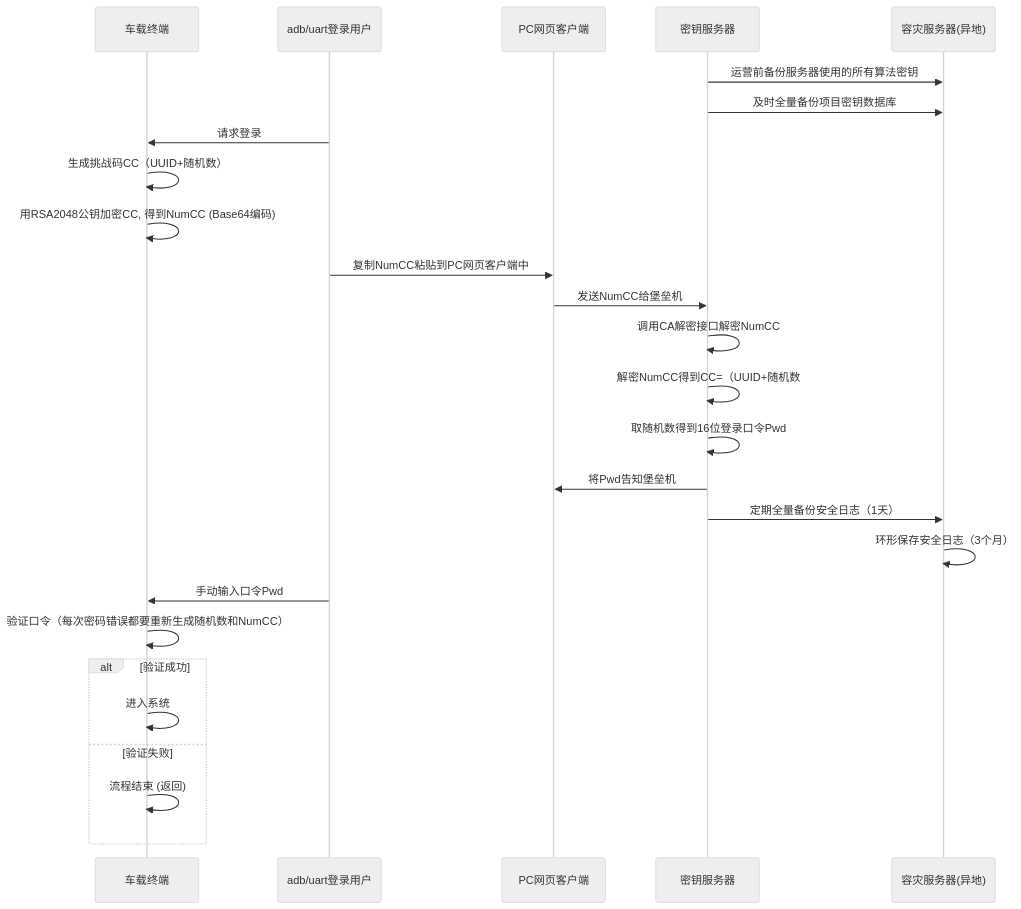
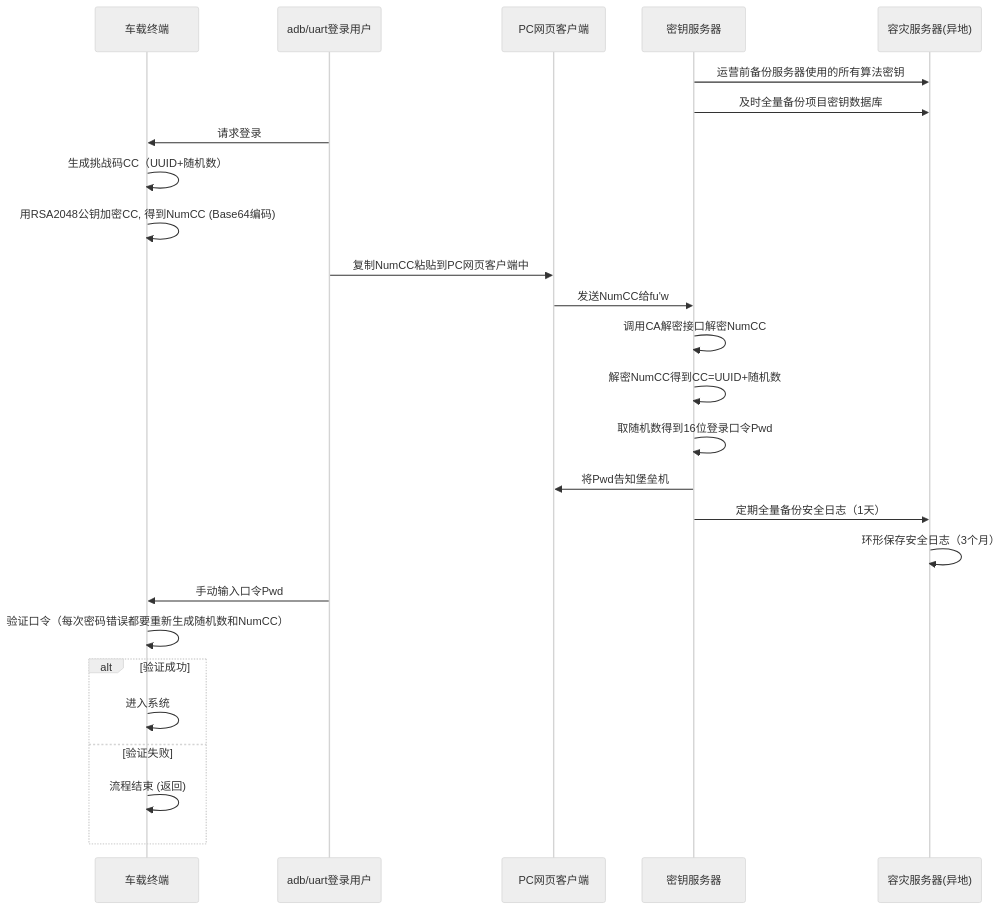
One commit to facebook-cloud/iodraw-files changed the diagram in all/未命名-19.md. Above: the diagram before and after it, drawn with Mermaid (neutral theme).

Commit message:
2026-03-17 19:22:35 update

````diff
--- a/all/未命名-19.md
+++ b/all/未命名-19.md
@@ -1,33 +1,33 @@
 ```mermaid
 sequenceDiagram
     participant tbox as 车载终端
     participant user as adb/uart登录用户
     participant pc as PC网页客户端
     participant tech_center as 密钥服务器
     participant backup as 容灾服务器(异地)
   
     tech_center->>backup: 运营前备份服务器使用的所有算法密钥
     tech_center->>backup: 及时全量备份项目密钥数据库
 
     user->>tbox: 请求登录
     tbox->>tbox: 生成挑战码CC（UUID+随机数）
     tbox->>tbox: 用RSA2048公钥加密CC, 得到NumCC (Base64编码)
     user->>pc: 复制NumCC粘贴到PC网页客户端中
-    pc->>tech_center: 发送NumCC给堡垒机
+    pc->>tech_center: 发送NumCC给fu'w
     tech_center->>tech_center: 调用CA解密接口解密NumCC
-    tech_center->>tech_center: 解密NumCC得到CC=（UUID+随机数
+    tech_center->>tech_center: 解密NumCC得到CC=UUID+随机数
     tech_center->>tech_center: 取随机数得到16位登录口令Pwd
     tech_center->>pc: 将Pwd告知堡垒机
 
     tech_center->>backup: 定期全量备份安全日志（1天）
     backup->>backup: 环形保存安全日志（3个月）
     user->>tbox: 手动输入口令Pwd
     tbox->>tbox: 验证口令（每次密码错误都要重新生成随机数和NumCC）
     alt 验证成功
         tbox->>tbox: 进入系统
     else 验证失败
         tbox->>tbox: 流程结束 (返回)
     end
 
 
 ```
````
